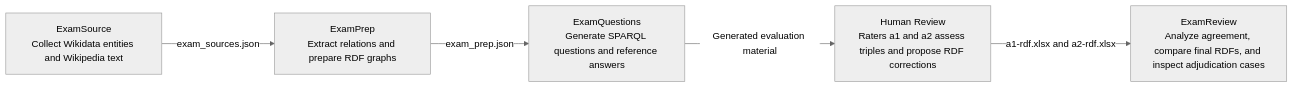
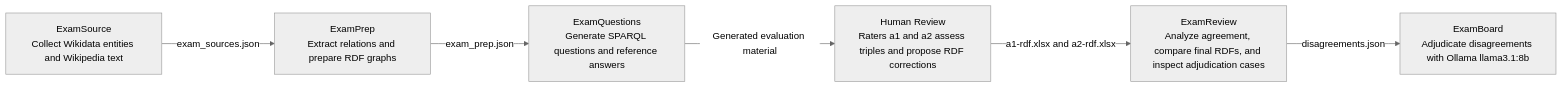
The diagram in README.md (giovannabbottino/KGTestBench), drawn with Mermaid (neutral theme) before and after one commit. The commit also changed other lines of this file and 284 other files, not shown here.

````diff
--- a/README.md
+++ b/README.md
@@ -9,13 +9,15 @@
 ```mermaid
 flowchart LR
     source["ExamSource<br/>Collect Wikidata entities and Wikipedia text"]
     prep["ExamPrep<br/>Extract relations and prepare RDF graphs"]
     questions["ExamQuestions<br/>Generate SPARQL questions and reference answers"]
     human["Human Review<br/>Raters a1 and a2 assess triples and propose RDF corrections"]
     review["ExamReview<br/>Analyze agreement, compare final RDFs, and inspect adjudication cases"]
+    board["ExamBoard<br/>Adjudicate disagreements with Ollama llama3.1:8b"]
 
     source -->|exam_sources.json| prep
     prep -->|exam_prep.json| questions
     questions -->|Generated evaluation material| human
     human -->|a1-rdf.xlsx and a2-rdf.xlsx| review
+    review -->|disagreements.json| board
 ```
````
